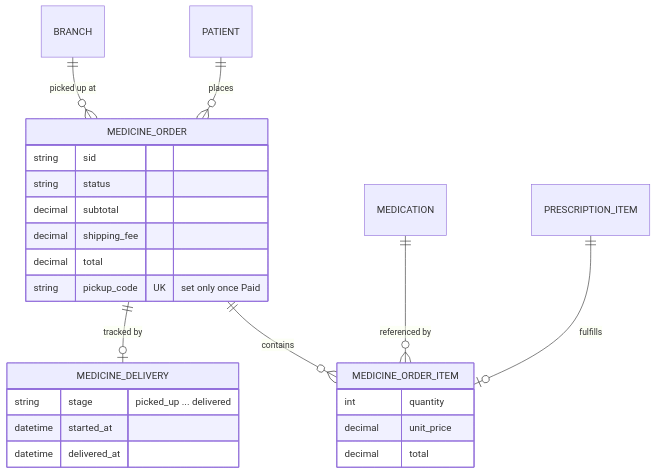
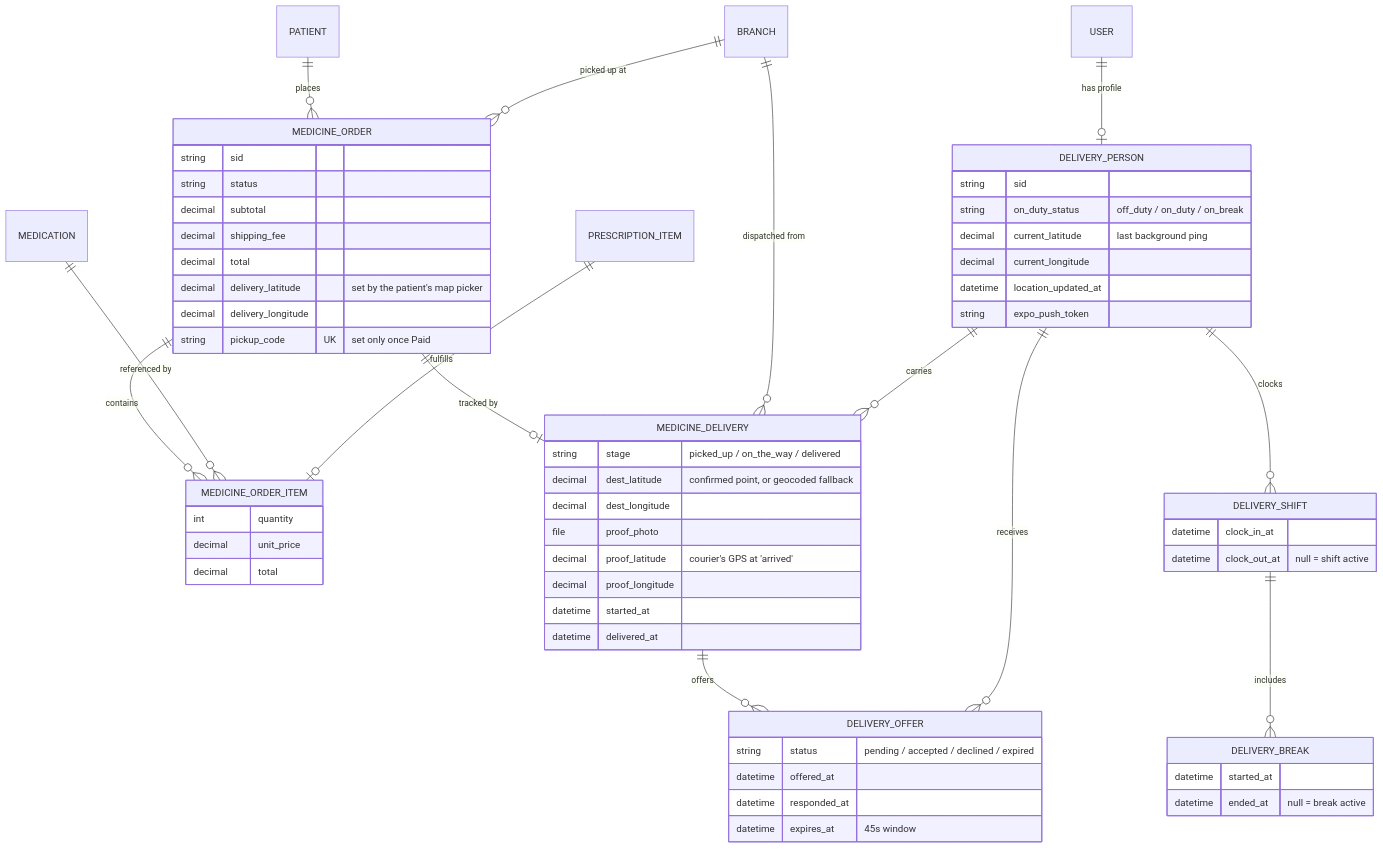
The fourth of 6 diagrams in README.md (cris185/CHOHEALTH), drawn with Mermaid before and after one commit. The commit also changed other lines of this file and 1 other file, not shown here.

First line of the commit message:
Document real GPS delivery tracking in the README, replace the simulated-delivery limitation note

````diff
--- a/README.md
+++ b/README.md
@@ -293,28 +344,64 @@
 ```mermaid
 erDiagram
     PATIENT ||--o{ MEDICINE_ORDER : places
     BRANCH ||--o{ MEDICINE_ORDER : "picked up at"
     MEDICINE_ORDER ||--o{ MEDICINE_ORDER_ITEM : contains
     MEDICATION ||--o{ MEDICINE_ORDER_ITEM : "referenced by"
     MEDICINE_ORDER ||--o| MEDICINE_DELIVERY : "tracked by"
     PRESCRIPTION_ITEM ||--o| MEDICINE_ORDER_ITEM : fulfills
+    BRANCH ||--o{ MEDICINE_DELIVERY : "dispatched from"
+    DELIVERY_PERSON ||--o{ MEDICINE_DELIVERY : carries
+    USER ||--o| DELIVERY_PERSON : "has profile"
+    DELIVERY_PERSON ||--o{ DELIVERY_SHIFT : clocks
+    DELIVERY_SHIFT ||--o{ DELIVERY_BREAK : includes
+    MEDICINE_DELIVERY ||--o{ DELIVERY_OFFER : offers
+    DELIVERY_PERSON ||--o{ DELIVERY_OFFER : receives
 
     MEDICINE_ORDER {
         string sid
         string status
         decimal subtotal
         decimal shipping_fee
         decimal total
+        decimal delivery_latitude "set by the patient's map picker"
+        decimal delivery_longitude
         string pickup_code UK "set only once Paid"
     }
     MEDICINE_ORDER_ITEM {
         int quantity
         decimal unit_price
         decimal total
     }
     MEDICINE_DELIVERY {
-        string stage "picked_up ... delivered"
+        string stage "picked_up / on_the_way / delivered"
+        decimal dest_latitude "confirmed point, or geocoded fallback"
+        decimal dest_longitude
+        file proof_photo
+        decimal proof_latitude "courier's GPS at 'arrived'"
+        decimal proof_longitude
         datetime started_at
         datetime delivered_at
     }
+    DELIVERY_PERSON {
+        string sid
+        string on_duty_status "off_duty / on_duty / on_break"
+        decimal current_latitude "last background ping"
+        decimal current_longitude
+        datetime location_updated_at
+        string expo_push_token
+    }
+    DELIVERY_SHIFT {
+        datetime clock_in_at
+        datetime clock_out_at "null = shift active"
+    }
+    DELIVERY_BREAK {
+        datetime started_at
+        datetime ended_at "null = break active"
+    }
+    DELIVERY_OFFER {
+        string status "pending / accepted / declined / expired"
+        datetime offered_at
+        datetime responded_at
+        datetime expires_at "45s window"
+    }
 ```
````
